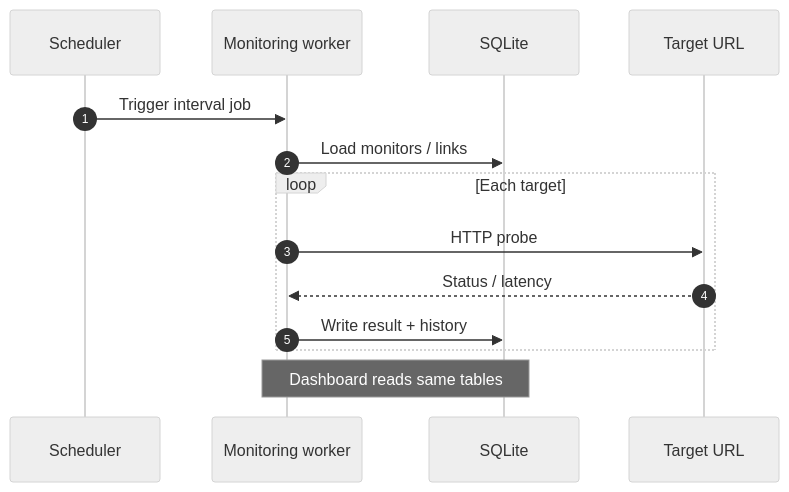
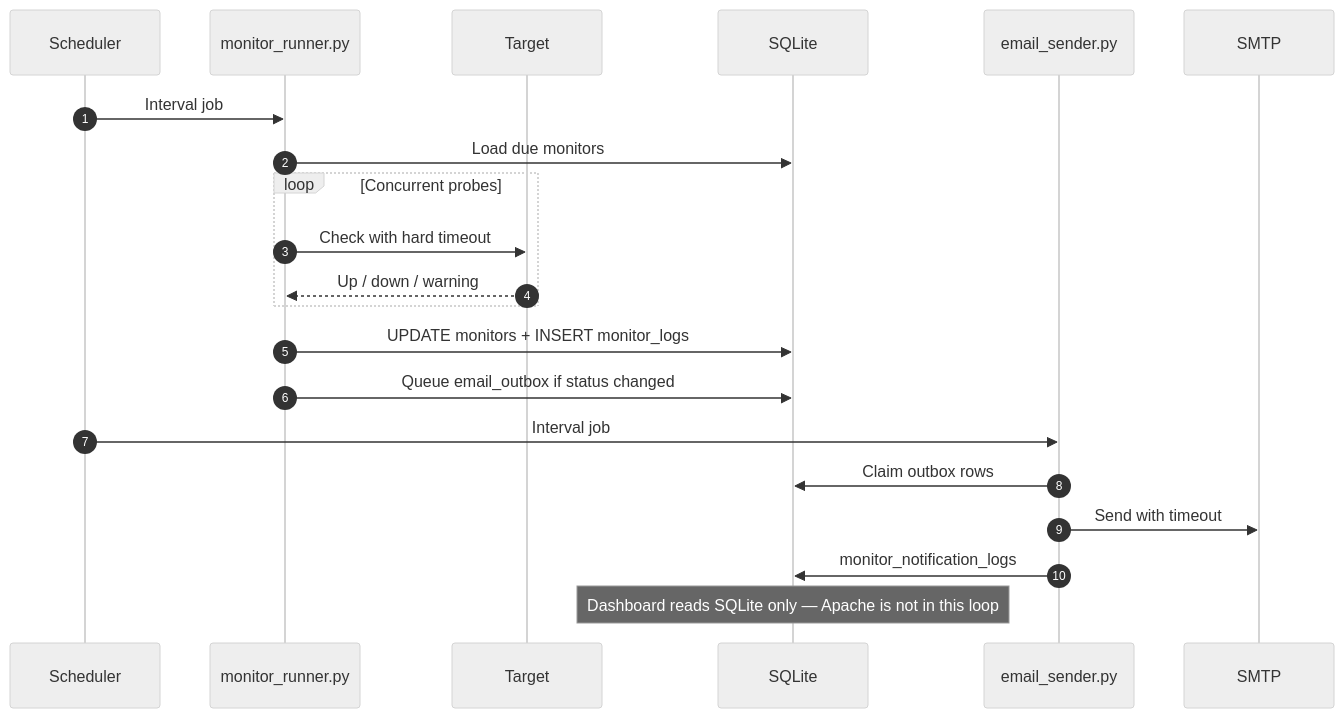
One commit to zafrullakhan001/linknest changed diagram 12 of 12 in docs/ARCHITECTURE.md. Above: the diagram before and after it, drawn with Mermaid (neutral theme). The commit also changed other lines of this file and 10 other files, not shown here.

First line of the commit message:
feat: Enhance monitoring and documentation with Python workers and Mermaid integration

````diff
--- a/docs/ARCHITECTURE.md
+++ b/docs/ARCHITECTURE.md
@@ -422,17 +445,24 @@
 ```mermaid
 sequenceDiagram
   autonumber
-  participant Cron as Scheduler
-  participant W as Monitoring worker
+  participant Sched as Scheduler
+  participant MR as monitor_runner.py
+  participant T as Target
   participant DB as SQLite
-  participant T as Target URL
+  participant ES as email_sender.py
+  participant SMTP as SMTP
 
-  Cron->>W: Trigger interval job
-  W->>DB: Load monitors / links
-  loop Each target
-    W->>T: HTTP probe
-    T-->>W: Status / latency
-    W->>DB: Write result + history
+  Sched->>MR: Interval job
+  MR->>DB: Load due monitors
+  loop Concurrent probes
+    MR->>T: Check with hard timeout
+    T-->>MR: Up / down / warning
   end
-  Note over W,DB: Dashboard reads same tables
+  MR->>DB: UPDATE monitors + INSERT monitor_logs
+  MR->>DB: Queue email_outbox if status changed
+  Sched->>ES: Interval job
+  ES->>DB: Claim outbox rows
+  ES->>SMTP: Send with timeout
+  ES->>DB: monitor_notification_logs
+  Note over DB: Dashboard reads SQLite only — Apache is not in this loop
 ```
````
